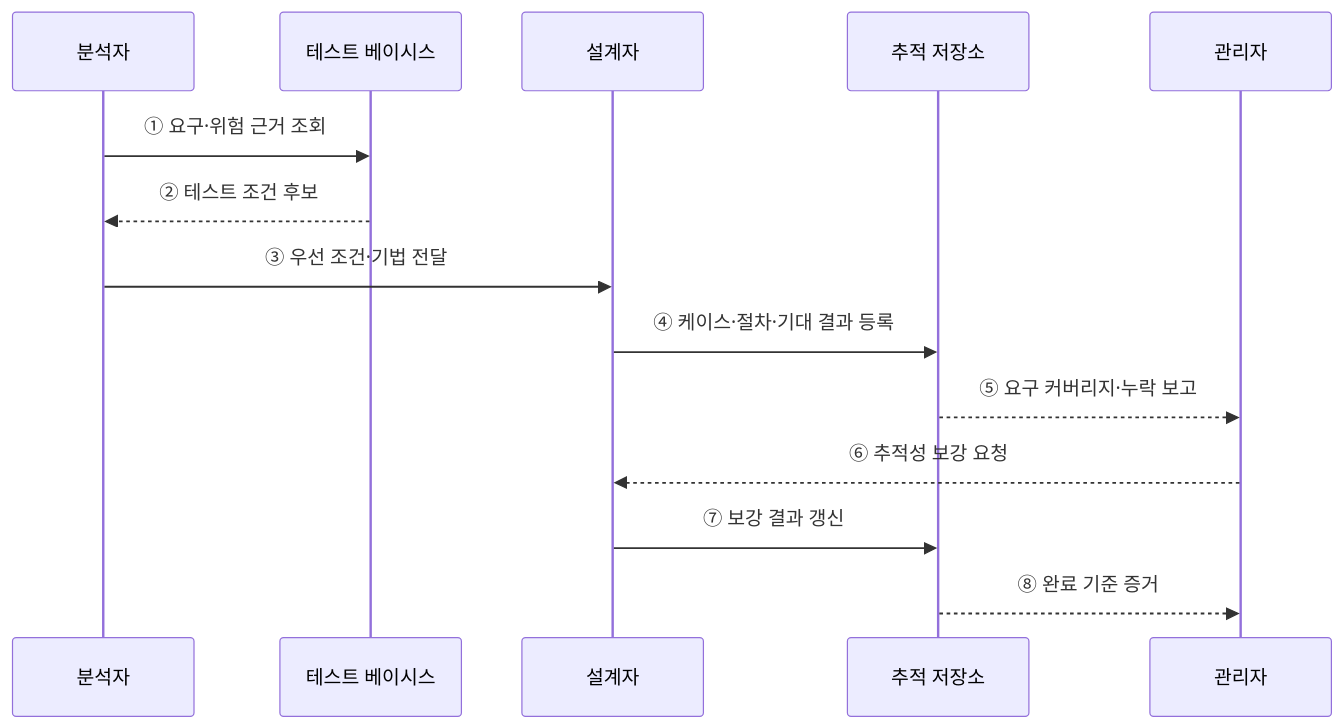
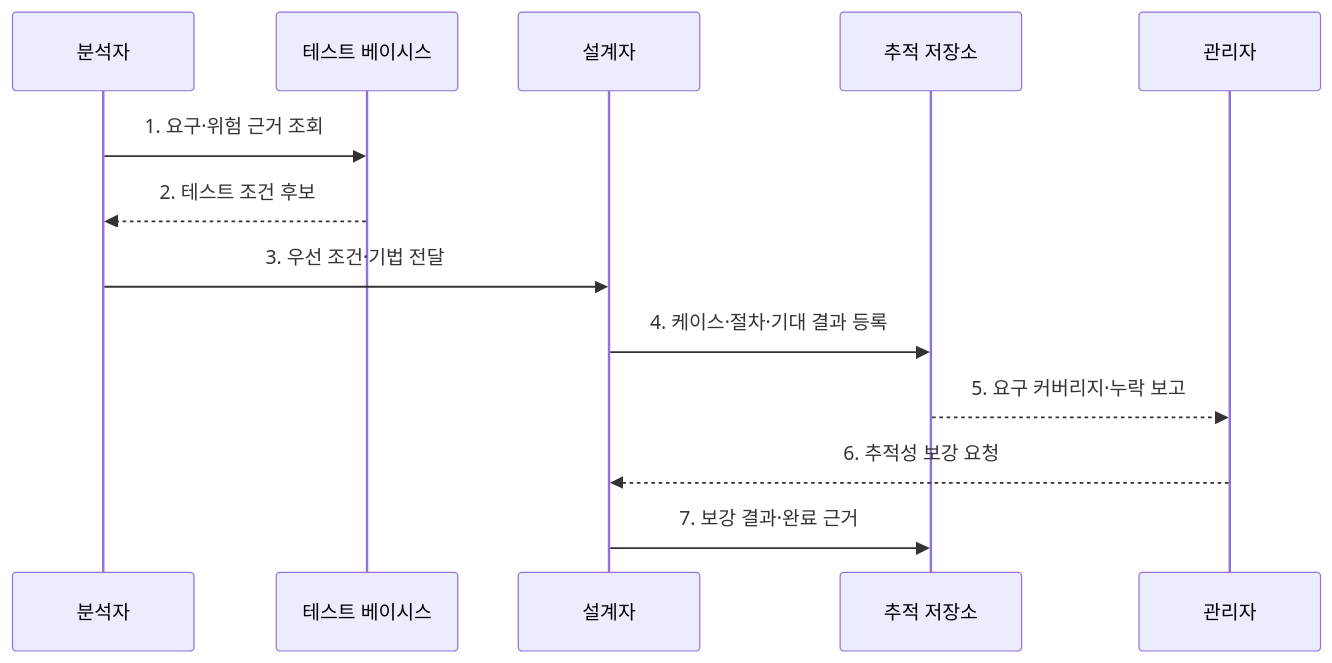
One commit to agnusdei1207/knowledge-base changed the second of 2 diagrams in src/content/docs/notes/03-software/079_iso_29119_test_design.md. Above: the diagram before and after it, drawn with Mermaid. The commit also changed other lines of this file and 20 other files, not shown here.

````diff
--- a/src/content/docs/notes/03-software/079_iso_29119_test_design.md
+++ b/src/content/docs/notes/03-software/079_iso_29119_test_design.md
@@ -73,16 +86,15 @@
 ```mermaid
 sequenceDiagram
     participant A as 분석자
     participant B as 테스트 베이시스
     participant D as 설계자
     participant T as 추적 저장소
     participant M as 관리자
-    A->>B: ① 요구·위험 근거 조회
-    B-->>A: ② 테스트 조건 후보
-    A->>D: ③ 우선 조건·기법 전달
-    D->>T: ④ 케이스·절차·기대 결과 등록
-    T-->>M: ⑤ 요구 커버리지·누락 보고
-    M-->>D: ⑥ 추적성 보강 요청
-    D->>T: ⑦ 보강 결과 갱신
-    T-->>M: ⑧ 완료 기준 증거
+    A->>B: 1. 요구·위험 근거 조회
+    B-->>A: 2. 테스트 조건 후보
+    A->>D: 3. 우선 조건·기법 전달
+    D->>T: 4. 케이스·절차·기대 결과 등록
+    T-->>M: 5. 요구 커버리지·누락 보고
+    M-->>D: 6. 추적성 보강 요청
+    D->>T: 7. 보강 결과·완료 근거
 ```
````
